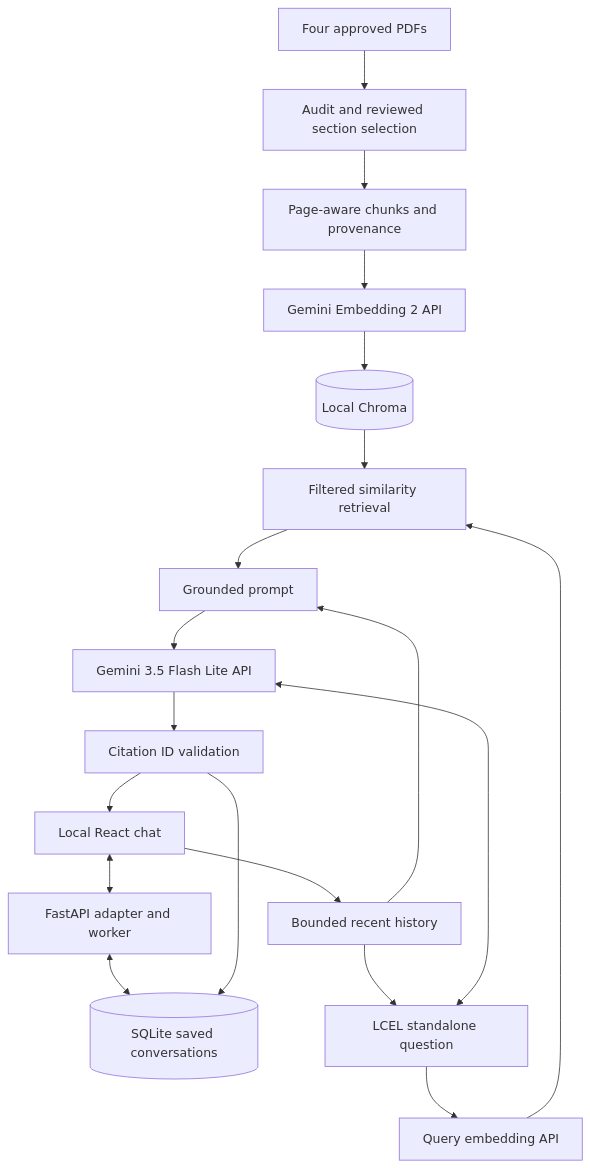
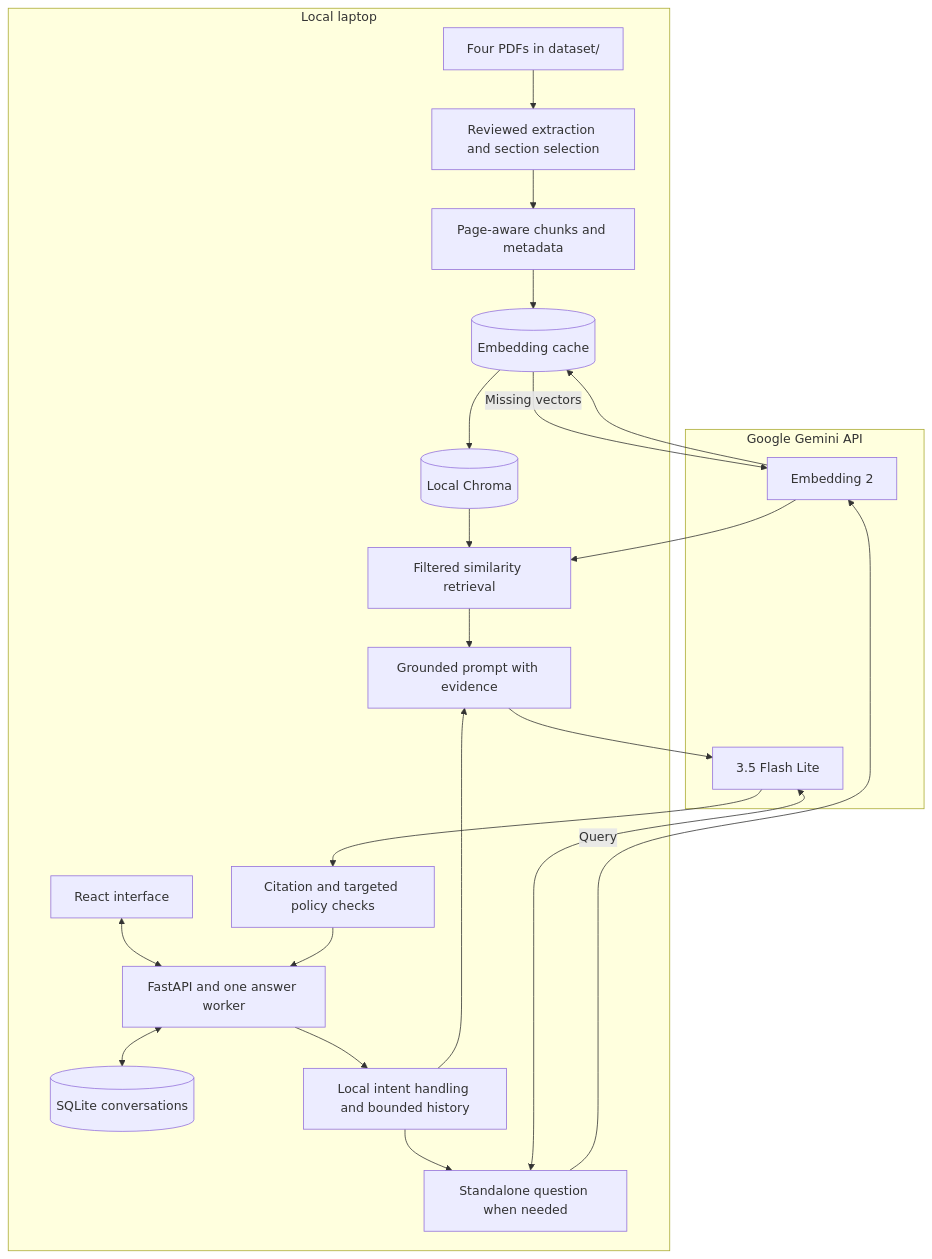
Before and after one commit to AhmadAbdullah75/Fast_Student_Compass: the diagram in README.md, drawn with Mermaid. The commit also changed other lines of this file, not shown here.

Commit message:
Document clean clone setup with included dataset

````diff
--- a/README.md
+++ b/README.md
@@ -248,21 +117,31 @@
 ```mermaid
 flowchart TD
-    PDFs[Four approved PDFs] --> Audit[Audit and reviewed section selection]
-    Audit --> Chunks[Page-aware chunks and provenance]
-    Chunks --> Emb[Gemini Embedding 2 API]
-    Emb --> Index[(Local Chroma)]
-    UI[Local React chat] <--> API[FastAPI adapter and worker]
-    API <--> DB[(SQLite saved conversations)]
-    UI --> History[Bounded recent history]
-    History --> Rewrite[LCEL standalone question]
-    Rewrite <--> Chat[Gemini 3.5 Flash Lite API]
-    Rewrite --> Query[Query embedding API]
-    Query --> Retrieve[Filtered similarity retrieval]
-    Index --> Retrieve
-    Retrieve --> Prompt[Grounded prompt]
-    History --> Prompt
+    subgraph Local[Local laptop]
+        PDFs[Four PDFs in dataset/] --> Prep[Reviewed extraction and section selection]
+        Prep --> Chunks[Page-aware chunks and metadata]
+        Cache[(Embedding cache)]
+        Index[(Local Chroma)]
+        UI[React interface] <--> API[FastAPI and one answer worker]
+        API <--> Chats[(SQLite conversations)]
+        API --> Interpret[Local intent handling and bounded history]
+        Interpret --> Rewrite[Standalone question when needed]
+        Retrieve[Filtered similarity retrieval]
+        Index --> Retrieve
+        Retrieve --> Prompt[Grounded prompt with evidence]
+        Interpret --> Prompt
+        Validate[Citation and targeted policy checks] --> API
+    end
+    subgraph Google[Google Gemini API]
+        Embed[Embedding 2]
+        Chat[3.5 Flash Lite]
+    end
+    Chunks --> Cache
+    Cache -->|Missing vectors| Embed
+    Embed --> Cache
+    Cache --> Index
+    Rewrite <--> Chat
+    Rewrite -->|Query| Embed
+    Embed --> Retrieve
     Prompt --> Chat
-    Chat --> Validate[Citation ID validation]
-    Validate --> UI
-    Validate --> DB
+    Chat --> Validate
 ```
````
